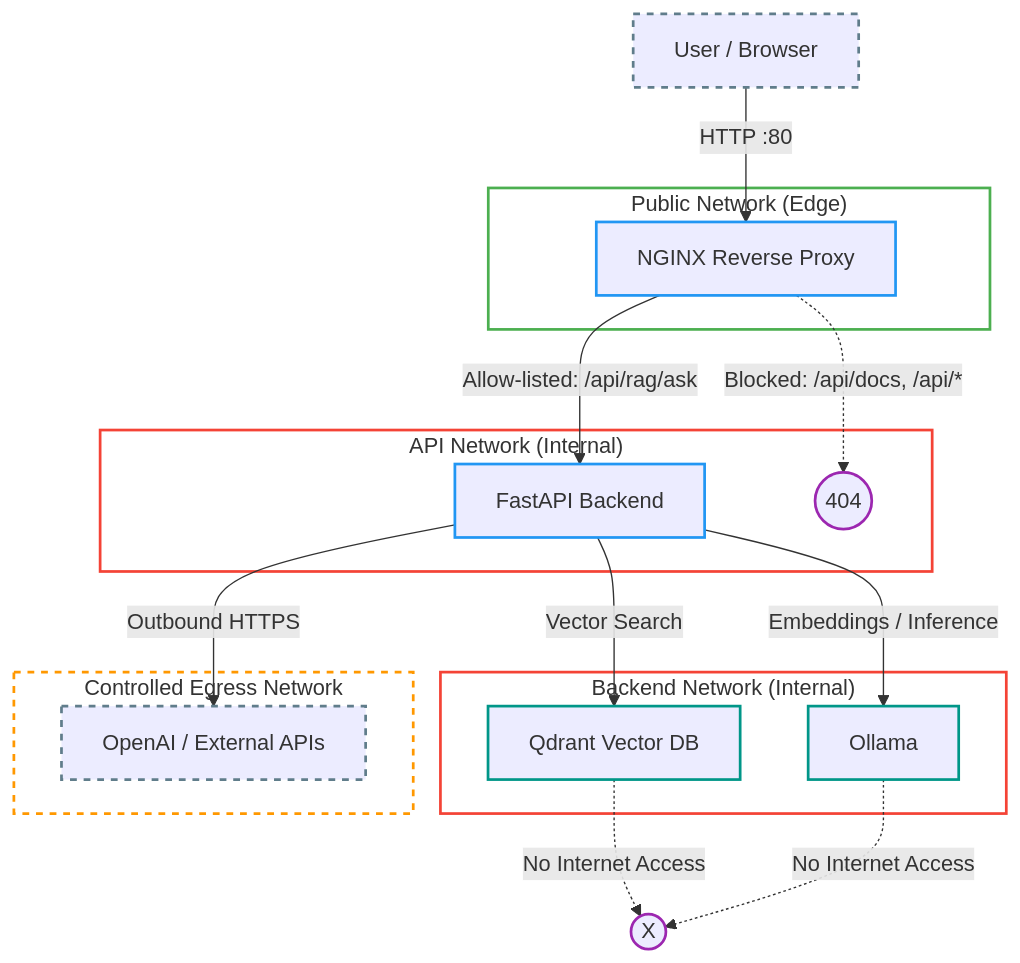
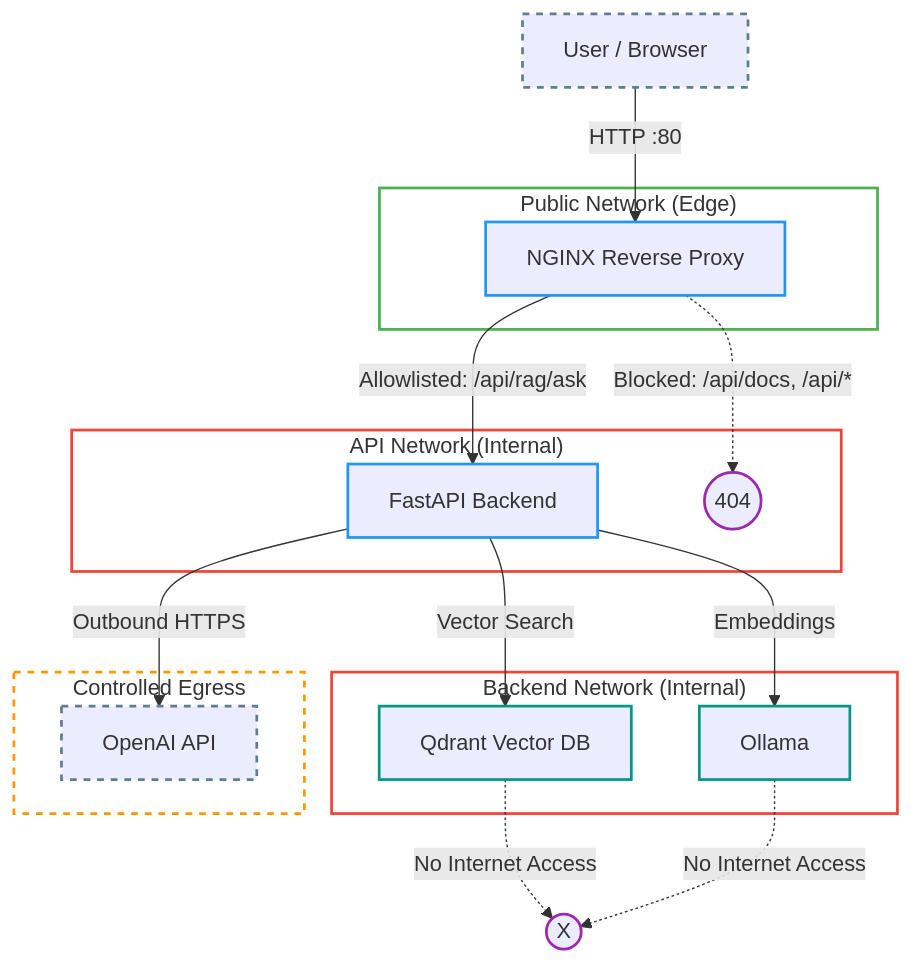
One commit to ranji-t/RAG-APP changed the diagram in README.md. Above: the diagram before and after it, drawn with Mermaid. The commit also changed other lines of this file, not shown here.

````diff
--- a/README.md
+++ b/README.md
@@ -18,49 +85,39 @@
 ```mermaid
 graph TD
     Client[User / Browser] -->|HTTP :80| Nginx[NGINX Reverse Proxy]
 
-    %% Public Edge
     subgraph PublicNet ["Public Network (Edge)"]
         Nginx
     end
 
-    %% API Layer
     subgraph ApiNet ["API Network (Internal)"]
-        Nginx -->|Allow-listed: /api/rag/ask| API[FastAPI Backend]
+        Nginx -->|Allowlisted: /api/rag/ask| API[FastAPI Backend]
         Nginx -.->|Blocked: /api/docs, /api/*| BlockedAPI((404))
     end
 
-    %% Backend Services
     subgraph BackendNet ["Backend Network (Internal)"]
         API -->|Vector Search| Qdrant[Qdrant Vector DB]
-        API -->|Embeddings / Inference| Ollama[Ollama]
+        API -->|Embeddings| Ollama[Ollama]
     end
 
-    %% Controlled Egress
-    subgraph EgressNet ["Controlled Egress Network"]
-        API -->|Outbound HTTPS| Internet[OpenAI / External APIs]
+    subgraph EgressNet ["Controlled Egress"]
+        API -->|Outbound HTTPS| Internet[OpenAI API]
     end
 
-    %% Explicit Denials
     Qdrant -.->|No Internet Access| BlockedNet((X))
     Ollama -.->|No Internet Access| BlockedNet
 
-    %% NETWORK BOX STYLING
     style PublicNet fill:transparent,stroke:#4caf50,stroke-width:2px
     style ApiNet fill:transparent,stroke:#f44336,stroke-width:2px
     style BackendNet fill:transparent,stroke:#f44336,stroke-width:2px
     style EgressNet fill:transparent,stroke:#ff9800,stroke-width:2px,stroke-dasharray: 5 5
 
-    %% BLOCKED NODES STYLING
     classDef blocked stroke:#9c27b0,stroke-width:2px;
     class BlockedAPI,BlockedNet blocked;
-
-    %% CONTAINER GROUPS
     classDef service stroke:#2196f3,stroke-width:2px;
     classDef data stroke:#009688,stroke-width:2px;
     classDef external stroke:#607d8b,stroke-width:2px,stroke-dasharray: 5 5;
-
     class Nginx,API service;
     class Qdrant,Ollama data;
     class Client,Internet external;
 ```
````
